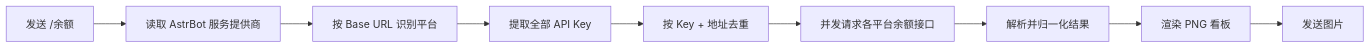
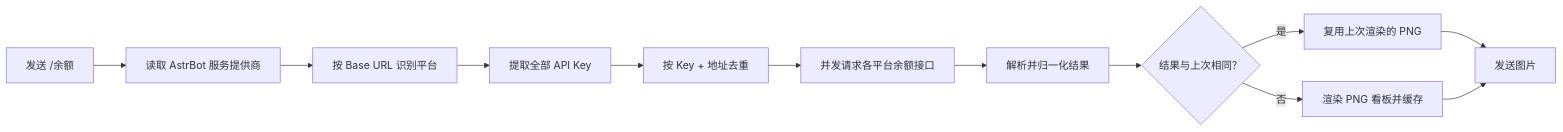
One commit to HoshimiSenya/astrbot_plugin_balance_board changed the diagram in README.md. Above: the diagram before and after it, drawn with Mermaid. The commit also changed other lines of this file and 3 other files, not shown here.

````diff
--- a/README.md
+++ b/README.md
@@ -168,11 +166,14 @@
 ```mermaid
 flowchart LR
     A[发送 /余额] --> B[读取 AstrBot 服务提供商]
     B --> C[按 Base URL 识别平台]
     C --> D[提取全部 API Key]
     D --> E[按 Key + 地址去重]
     E --> F[并发请求各平台余额接口]
     F --> G[解析并归一化结果]
-    G --> H[渲染 PNG 看板]
-    H --> I[发送图片]
+    G --> H{结果与上次相同？}
+    H -- 是 --> I[复用上次渲染的 PNG]
+    H -- 否 --> J[渲染 PNG 看板并缓存]
+    I --> K[发送图片]
+    J --> K
 ```
````
